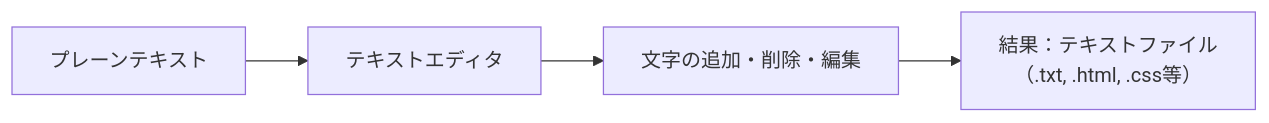
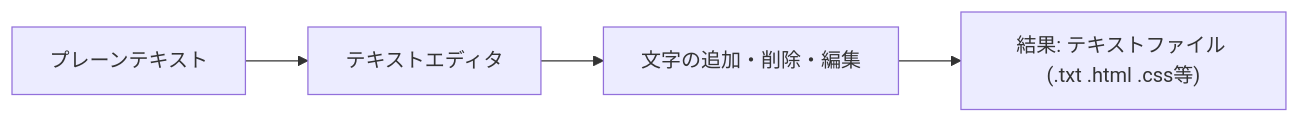
Before and after one commit to Monzi-takuya/web-fundamentals-for-non-engineers: the first of 2 diagrams in cursor-tutorial/01_必須_テキストエディタとはなにか.md, drawn with Mermaid. The commit also changed 1 other file, not shown here.

Commit message:
fix: Cursor入門を3番目のコンテンツに変更、Mermaid図のGitHubレンダリングを修正

````diff
--- a/cursor-tutorial/01_必須_テキストエディタとはなにか.md
+++ b/cursor-tutorial/01_必須_テキストエディタとはなにか.md
@@ -45,6 +45,6 @@
 ```mermaid
 flowchart LR
     A["プレーンテキスト"] --> B["テキストエディタ"]
     B --> C["文字の追加・削除・編集"]
-    C --> D["結果：テキストファイル<br/>（.txt, .html, .css等）"]
+    C --> D["結果: テキストファイル (.txt .html .css等)"]
 ```
````
